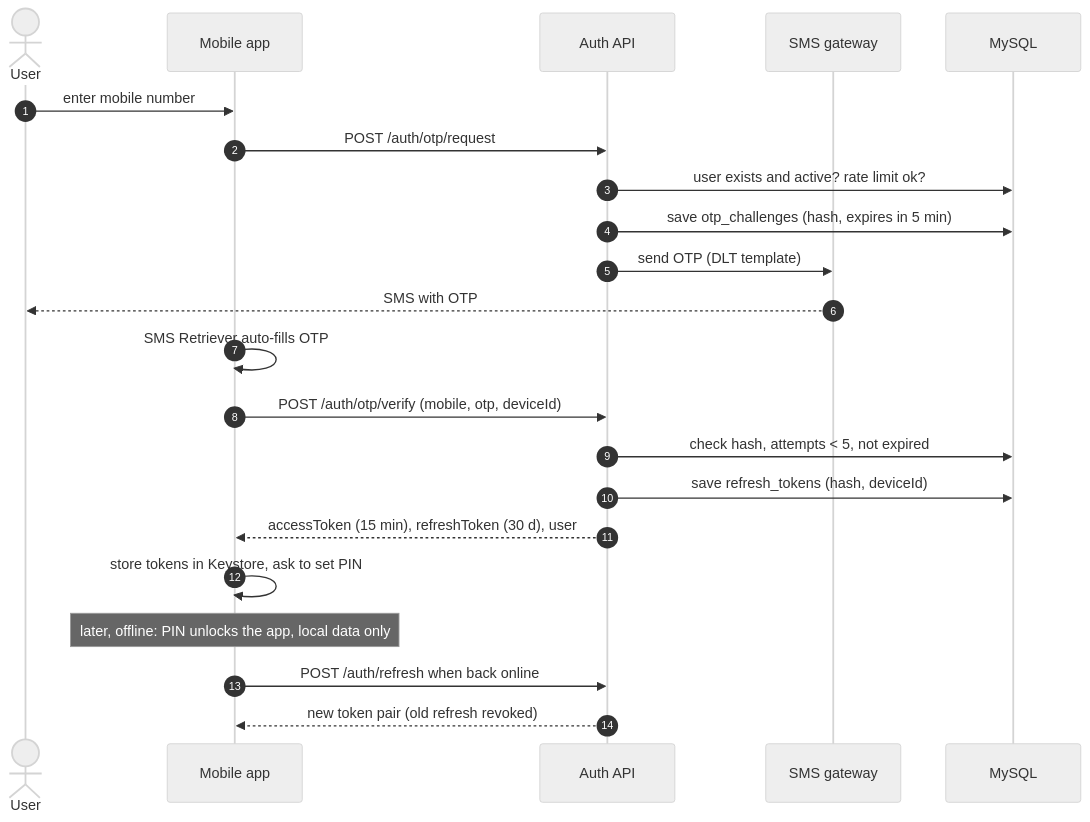
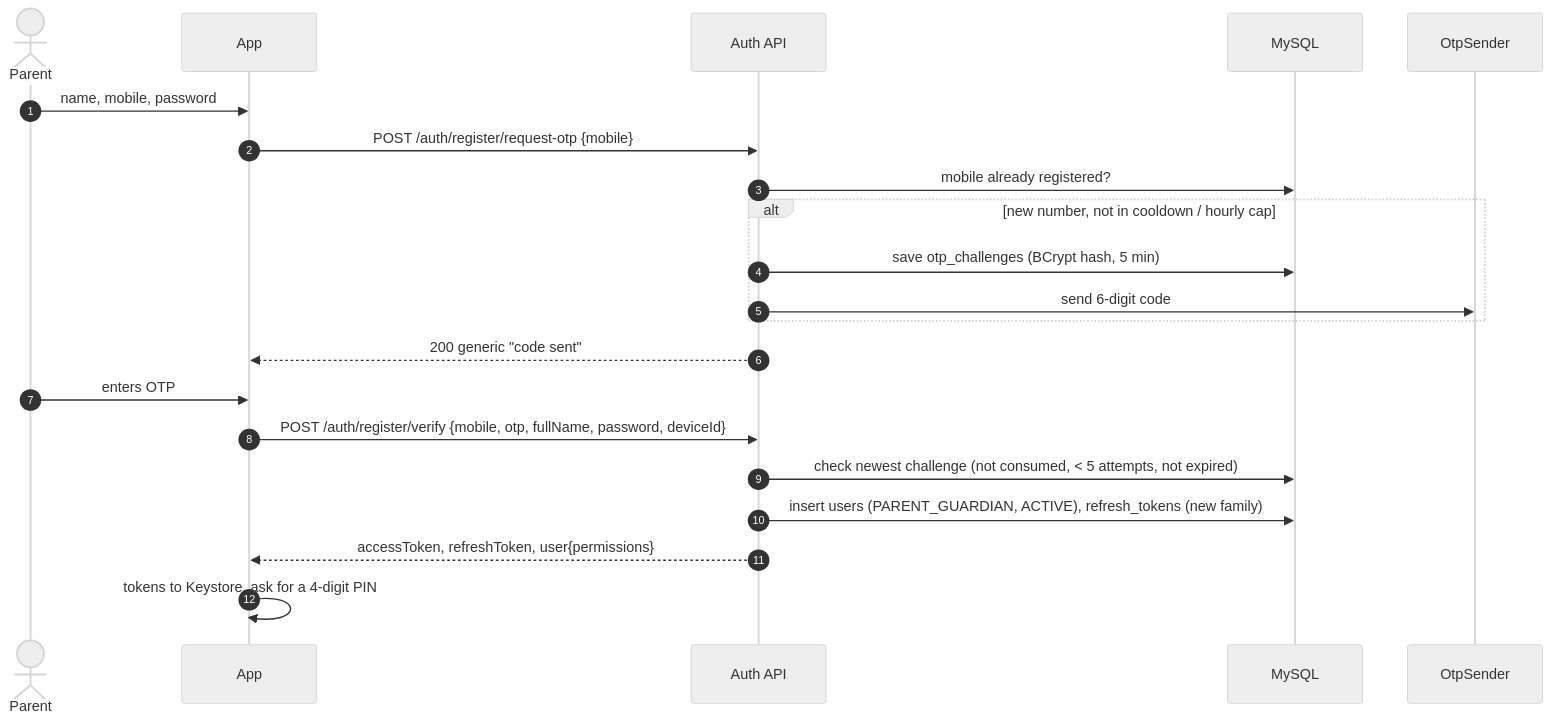
Before and after one commit to Harshit-Maurya838/jansetu-ai: the second of 5 diagrams in docs/modules/01-authentication.md, drawn with Mermaid (neutral theme). The commit also changed other lines of this file and 5 other files, not shown here.

````diff
--- a/docs/modules/01-authentication.md
+++ b/docs/modules/01-authentication.md
@@ -178,25 +255,24 @@
 ```mermaid
 sequenceDiagram
     autonumber
-    actor U as User
-    participant App as Mobile app
+    actor P as Parent
+    participant App
     participant API as Auth API
-    participant SMS as SMS gateway
     participant DB as MySQL
+    participant SMS as OtpSender
 
-    U->>App: enter mobile number
-    App->>API: POST /auth/otp/request
-    API->>DB: user exists and active? rate limit ok?
-    API->>DB: save otp_challenges (hash, expires in 5 min)
-    API->>SMS: send OTP (DLT template)
-    SMS-->>U: SMS with OTP
-    App->>App: SMS Retriever auto-fills OTP
-    App->>API: POST /auth/otp/verify (mobile, otp, deviceId)
-    API->>DB: check hash, attempts < 5, not expired
-    API->>DB: save refresh_tokens (hash, deviceId)
-    API-->>App: accessToken (15 min), refreshToken (30 d), user
-    App->>App: store tokens in Keystore, ask to set PIN
-    Note over App: later, offline: PIN unlocks the app, local data only
-    App->>API: POST /auth/refresh when back online
-    API-->>App: new token pair (old refresh revoked)
+    P->>App: name, mobile, password
+    App->>API: POST /auth/register/request-otp {mobile}
+    API->>DB: mobile already registered?
+    alt new number, not in cooldown / hourly cap
+        API->>DB: save otp_challenges (BCrypt hash, 5 min)
+        API->>SMS: send 6-digit code
+    end
+    API-->>App: 200 generic "code sent"
+    P->>App: enters OTP
+    App->>API: POST /auth/register/verify {mobile, otp, fullName, password, deviceId}
+    API->>DB: check newest challenge (not consumed, < 5 attempts, not expired)
+    API->>DB: insert users (PARENT_GUARDIAN, ACTIVE), refresh_tokens (new family)
+    API-->>App: accessToken, refreshToken, user{permissions}
+    App->>App: tokens to Keystore, ask for a 4-digit PIN
 ```
````
